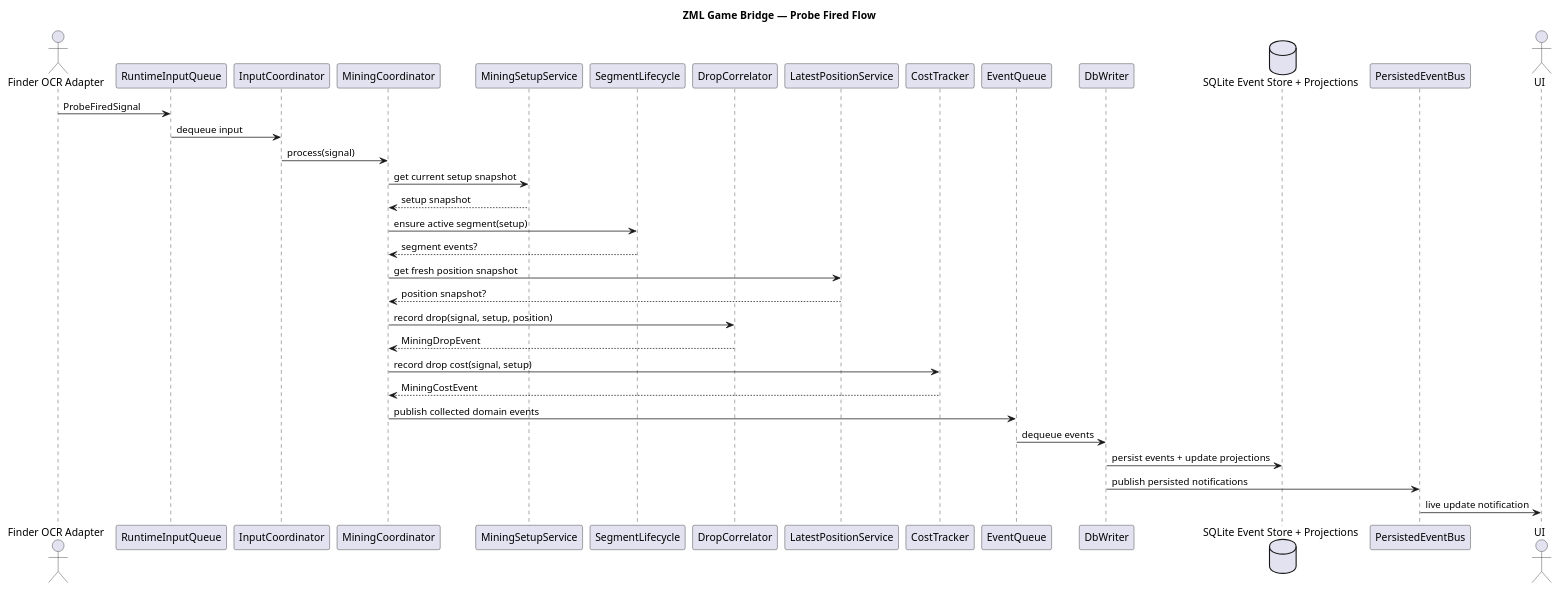
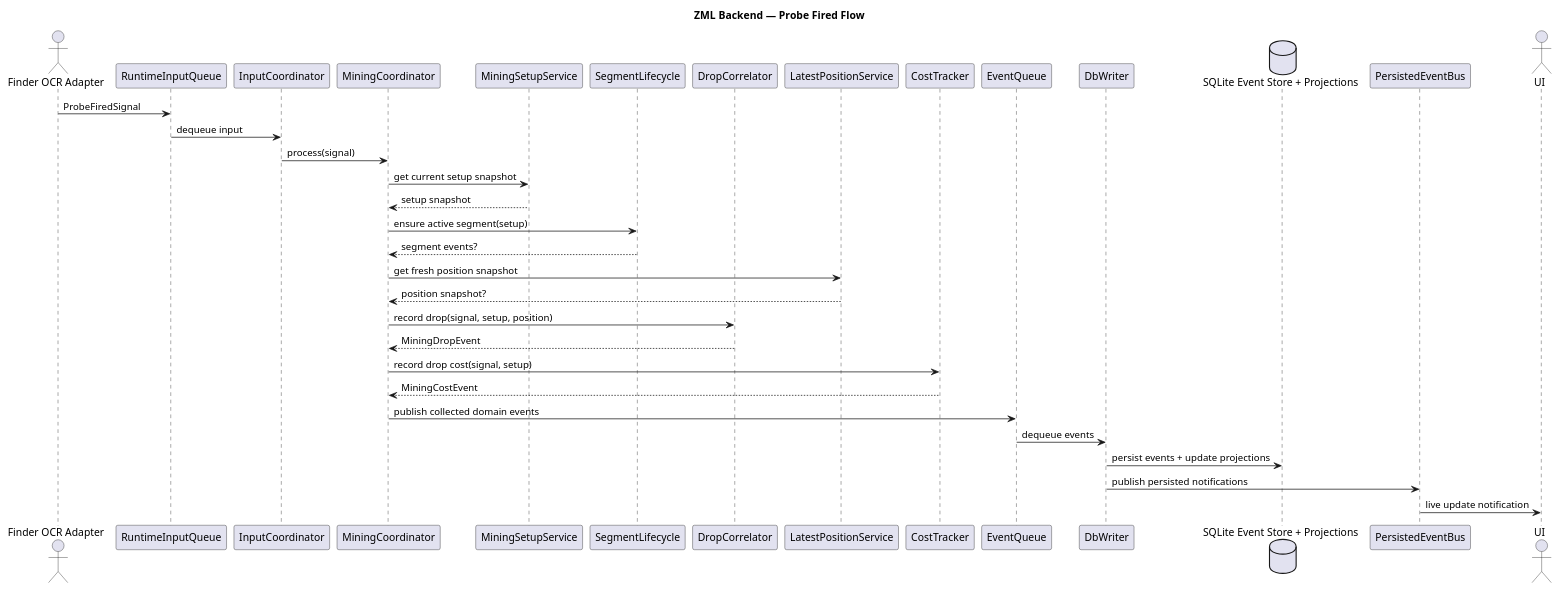
The diagram in ZML_sequence.puml (PatrykCieszynski/ZML), drawn with PlantUML before and after one commit. The commit also changed 1366 other files, not shown here.

```diff
--- a/ZML_sequence.puml
+++ b/ZML_sequence.puml
@@ -1,44 +1,44 @@
 @startuml
-title ZML Game Bridge — Probe Fired Flow
+title ZML Backend — Probe Fired Flow
 
 actor "Finder OCR Adapter" as Finder
 participant "RuntimeInputQueue" as Queue
 participant "InputCoordinator" as InputCoordinator
 participant "MiningCoordinator" as MiningCoordinator
 participant "MiningSetupService" as Setup
 participant "SegmentLifecycle" as Segment
 participant "DropCorrelator" as Drop
 participant "LatestPositionService" as Position
 participant "CostTracker" as Cost
 participant "EventQueue" as EventQueue
 participant "DbWriter" as DbWriter
 database "SQLite Event Store + Projections" as DB
 participant "PersistedEventBus" as Bus
 actor "UI" as UI
 
 Finder -> Queue : ProbeFiredSignal
 Queue -> InputCoordinator : dequeue input
 InputCoordinator -> MiningCoordinator : process(signal)
 
 MiningCoordinator -> Setup : get current setup snapshot
 Setup --> MiningCoordinator : setup snapshot
 
 MiningCoordinator -> Segment : ensure active segment(setup)
 Segment --> MiningCoordinator : segment events?
 
 MiningCoordinator -> Position : get fresh position snapshot
 Position --> MiningCoordinator : position snapshot?
 
 MiningCoordinator -> Drop : record drop(signal, setup, position)
 Drop --> MiningCoordinator : MiningDropEvent
 
 MiningCoordinator -> Cost : record drop cost(signal, setup)
 Cost --> MiningCoordinator : MiningCostEvent
 
 MiningCoordinator -> EventQueue : publish collected domain events
 EventQueue -> DbWriter : dequeue events
 DbWriter -> DB : persist events + update projections
 DbWriter -> Bus : publish persisted notifications
 Bus -> UI : live update notification
 
 @enduml
```
